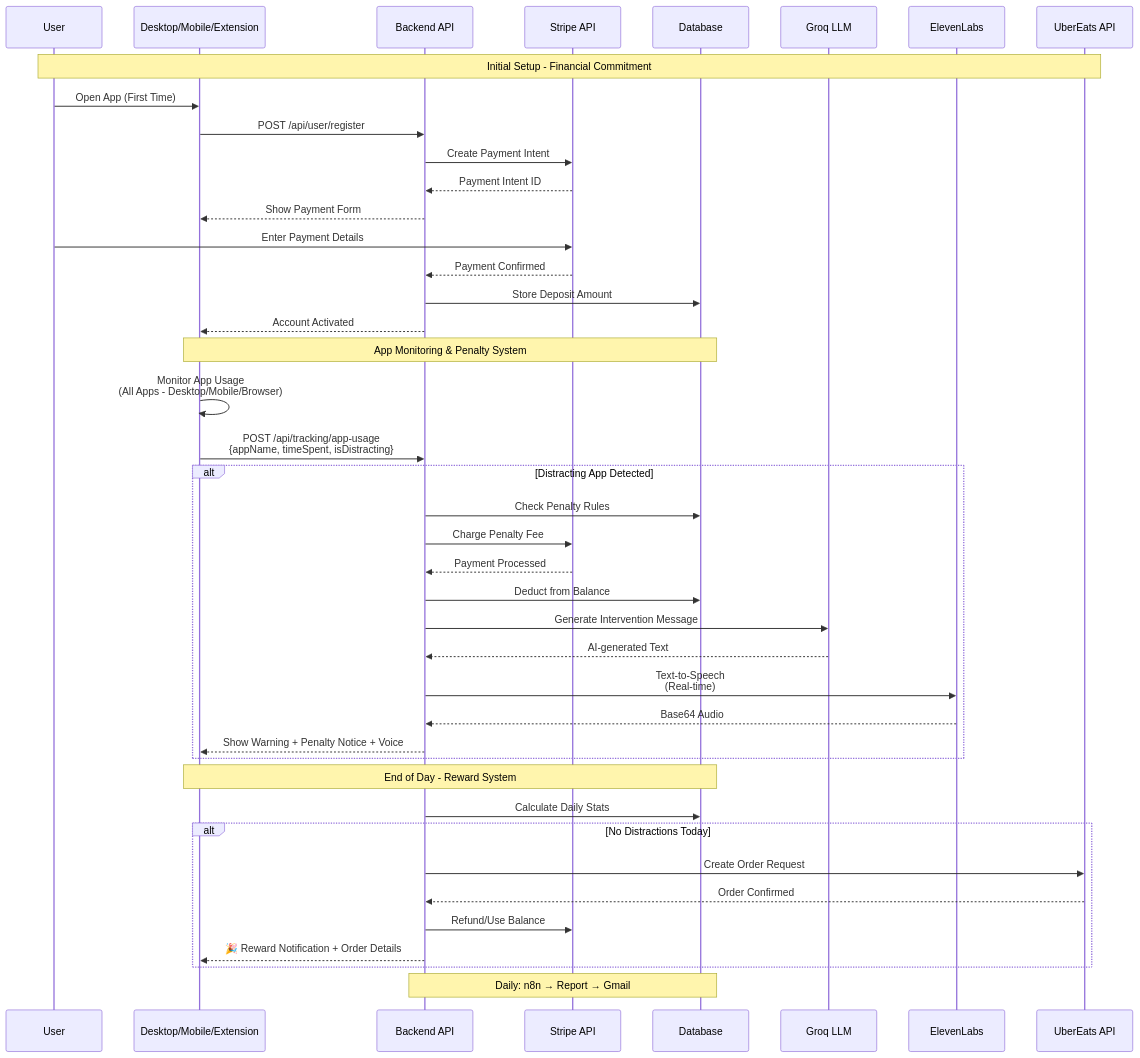
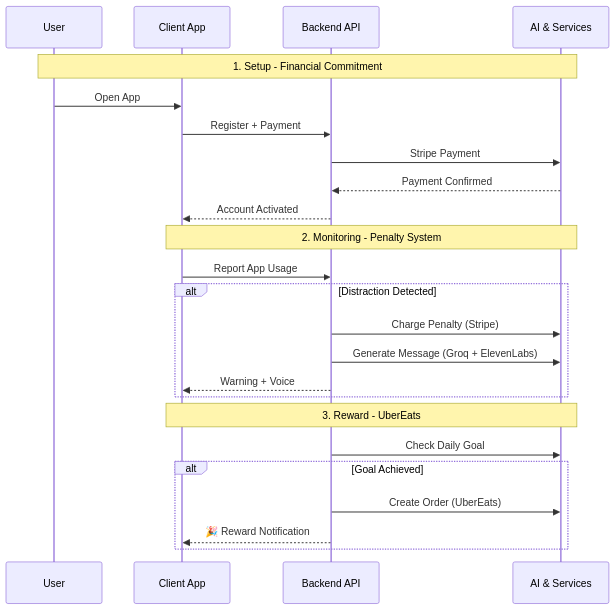
Before and after one commit to Jessi0803/Bad_Habit_Breaker: the second of 2 diagrams in README.md, drawn with Mermaid. The commit also changed other lines of this file, not shown here.

First line of the commit message:
🎨 Simplify architecture diagrams

````diff
--- a/README.md
+++ b/README.md
@@ -452,49 +438,29 @@
 ```mermaid
 sequenceDiagram
     participant User
-    participant Client as Desktop/Mobile/Extension
+    participant Client as Client App
     participant Backend as Backend API
-    participant Stripe as Stripe API
-    participant DB as Database
-    participant Groq as Groq LLM
-    participant EL as ElevenLabs
-    participant Uber as UberEats API
+    participant Services as AI & Services
     
-    Note over User,Uber: Initial Setup - Financial Commitment
-    User->>Client: Open App (First Time)
-    Client->>Backend: POST /api/user/register
-    Backend->>Stripe: Create Payment Intent
-    Stripe-->>Backend: Payment Intent ID
-    Backend-->>Client: Show Payment Form
-    User->>Stripe: Enter Payment Details
-    Stripe-->>Backend: Payment Confirmed
-    Backend->>DB: Store Deposit Amount
+    Note over User,Services: 1. Setup - Financial Commitment
+    User->>Client: Open App
+    Client->>Backend: Register + Payment
+    Backend->>Services: Stripe Payment
+    Services-->>Backend: Payment Confirmed
     Backend-->>Client: Account Activated
     
-    Note over Client,DB: App Monitoring & Penalty System
-    Client->>Client: Monitor App Usage<br/>(All Apps - Desktop/Mobile/Browser)
-    Client->>Backend: POST /api/tracking/app-usage<br/>{appName, timeSpent, isDistracting}
-    
-    alt Distracting App Detected
-        Backend->>DB: Check Penalty Rules
-        Backend->>Stripe: Charge Penalty Fee
-        Stripe-->>Backend: Payment Processed
-        Backend->>DB: Deduct from Balance
-        Backend->>Groq: Generate Intervention Message
-        Groq-->>Backend: AI-generated Text
-        Backend->>EL: Text-to-Speech<br/>(Real-time)
-        EL-->>Backend: Base64 Audio
-        Backend-->>Client: Show Warning + Penalty Notice + Voice
+    Note over Client,Services: 2. Monitoring - Penalty System
+    Client->>Backend: Report App Usage
+    alt Distraction Detected
+        Backend->>Services: Charge Penalty (Stripe)
+        Backend->>Services: Generate Message (Groq + ElevenLabs)
+        Backend-->>Client: Warning + Voice
     end
     
-    Note over Client,DB: End of Day - Reward System
-    Backend->>DB: Calculate Daily Stats
-    alt No Distractions Today
-        Backend->>Uber: Create Order Request
-        Uber-->>Backend: Order Confirmed
-        Backend->>Stripe: Refund/Use Balance
-        Backend-->>Client: 🎉 Reward Notification + Order Details
+    Note over Client,Services: 3. Reward - UberEats
+    Backend->>Services: Check Daily Goal
+    alt Goal Achieved
+        Backend->>Services: Create Order (UberEats)
+        Backend-->>Client: 🎉 Reward Notification
     end
-    
-    Note over Backend,DB: Daily: n8n → Report → Gmail
 ```
````
